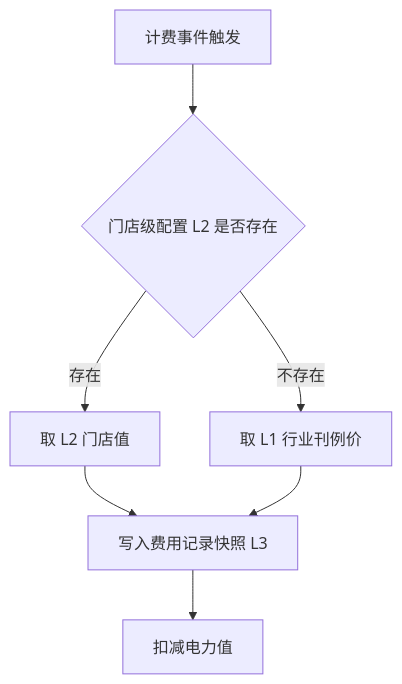
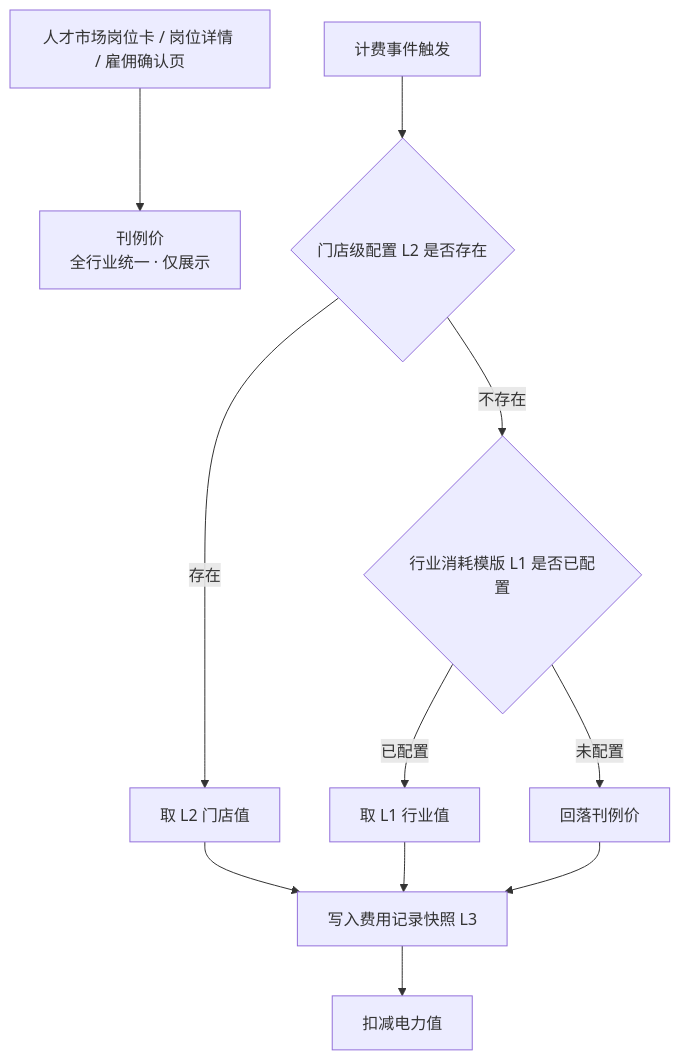
The first of 3 diagrams in docs/prd/PRD-v1.4-计费规则.md (hunterandrabbits-a11y/AI-Army), drawn with Mermaid before and after one commit. The commit also changed other lines of this file and 2 other files, not shown here.

````diff
--- a/docs/prd/PRD-v1.4-计费规则.md
+++ b/docs/prd/PRD-v1.4-计费规则.md
@@ -76,9 +80,13 @@
 ```mermaid
 flowchart TD
-    A[计费事件触发] --> B{门店级配置 L2 是否存在}
-    B -->|存在| C[取 L2 门店值]
-    B -->|不存在| D[取 L1 行业刊例价]
-    C --> E[写入费用记录快照 L3]
-    D --> E
-    E --> F[扣减电力值]
+    A[人才市场岗位卡 / 岗位详情 / 雇佣确认页] --> P[刊例价<br>全行业统一 · 仅展示]
+    B[计费事件触发] --> C{门店级配置 L2 是否存在}
+    C -->|存在| D[取 L2 门店值]
+    C -->|不存在| E{行业消耗模版 L1 是否已配置}
+    E -->|已配置| F[取 L1 行业值]
+    E -->|未配置| G[回落刊例价]
+    D --> H[写入费用记录快照 L3]
+    F --> H
+    G --> H
+    H --> I[扣减电力值]
 ```
````
